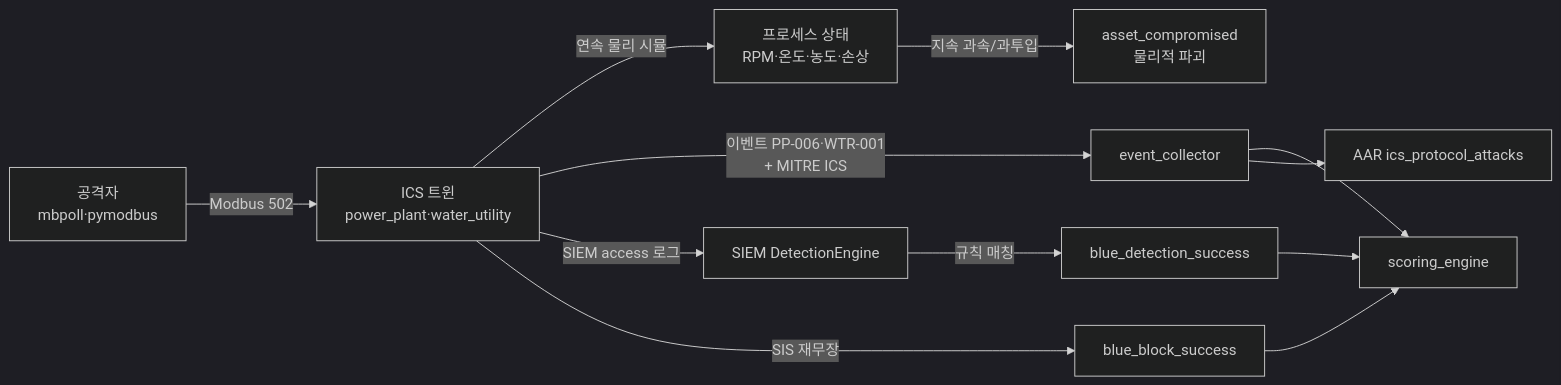
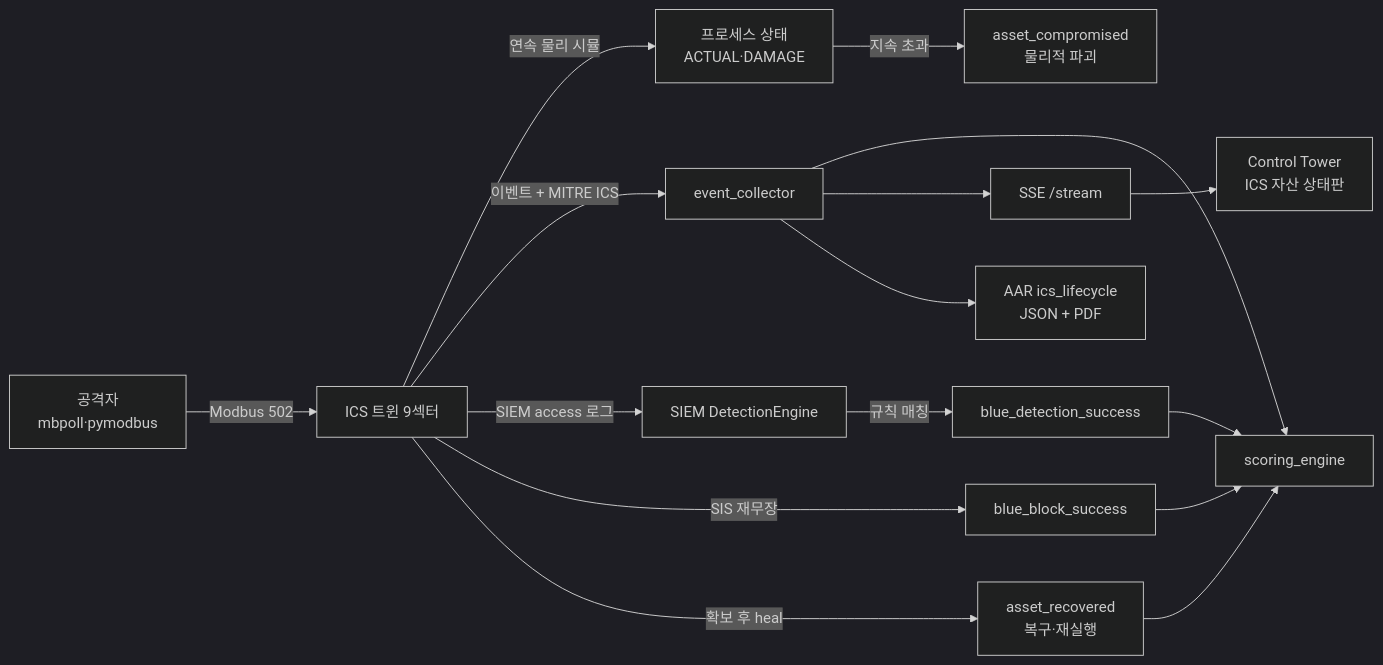
One commit to MintKangaroo/Cyber-Offensive-and-Defensive-Exercise changed the diagram in docs/ICS-KILLCHAIN.md. Above: the diagram before and after it, drawn with Mermaid (dark theme). The commit also changed other lines of this file, not shown here.

First line of the commit message:
docs(ics): ICS-KILLCHAIN 갱신 — 9섹터·복구·상황판·AAR 반영

````diff
--- a/docs/ICS-KILLCHAIN.md
+++ b/docs/ICS-KILLCHAIN.md
@@ -11,14 +12,18 @@
 ```mermaid
 flowchart LR
-  A[공격자<br/>mbpoll·pymodbus] -->|Modbus 502| T[ICS 트윈<br/>power_plant·water_utility]
-  T -->|연속 물리 시뮬| P[프로세스 상태<br/>RPM·온도·농도·손상]
-  T -->|이벤트 PP-006·WTR-001<br/>+ MITRE ICS| EC[event_collector]
+  A[공격자<br/>mbpoll·pymodbus] -->|Modbus 502| T[ICS 트윈 9섹터]
+  T -->|연속 물리 시뮬| P[프로세스 상태<br/>ACTUAL·DAMAGE]
+  T -->|이벤트 + MITRE ICS| EC[event_collector]
   T -->|SIEM access 로그| SI[SIEM DetectionEngine]
   SI -->|규칙 매칭| BD[blue_detection_success]
   T -->|SIS 재무장| BB[blue_block_success]
+  P -->|지속 초과| F[asset_compromised<br/>물리적 파괴]
+  T -->|확보 후 heal| R[asset_recovered<br/>복구·재실행]
   EC --> SC[scoring_engine]
   BD --> SC
   BB --> SC
-  EC --> AAR[AAR ics_protocol_attacks]
-  P -->|지속 과속/과투입| F[asset_compromised<br/>물리적 파괴]
+  R --> SC
+  EC --> SSE[SSE /stream]
+  SSE --> CT[Control Tower<br/>ICS 자산 상태판]
+  EC --> AAR[AAR ics_lifecycle<br/>JSON + PDF]
 ```
````
